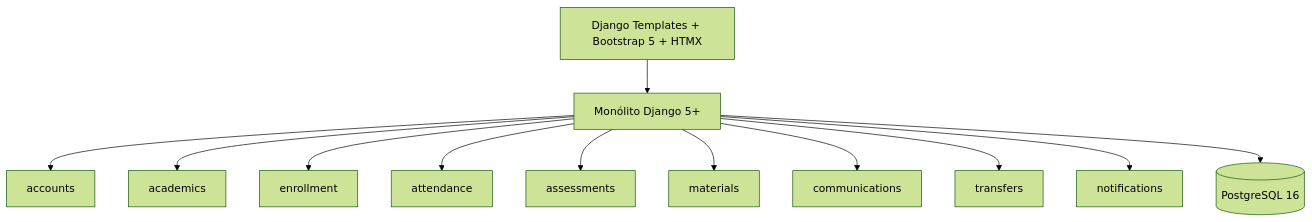
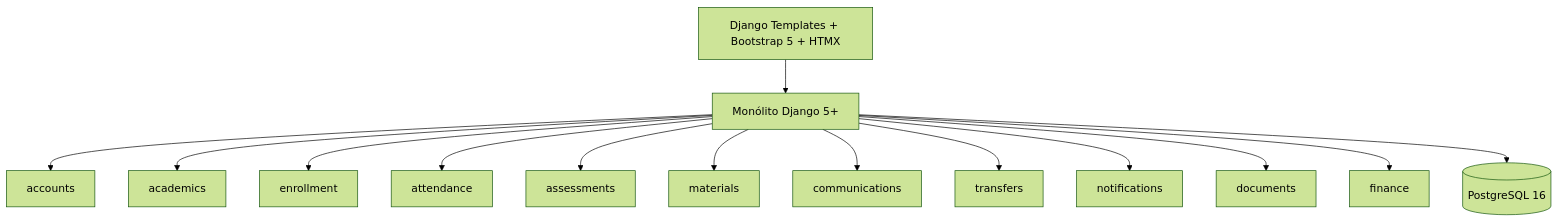
The first of 2 diagrams in docs/SGA-DOCUMENTO-CONSOLIDADO.md (joao-luizzz/SGA), drawn with Mermaid (forest theme) before and after one commit. The commit also changed other lines of this file and 12 other files, not shown here.

````diff
--- a/docs/SGA-DOCUMENTO-CONSOLIDADO.md
+++ b/docs/SGA-DOCUMENTO-CONSOLIDADO.md
@@ -16,14 +23,16 @@
 ```mermaid
 flowchart TB
     UI[Django Templates + Bootstrap 5 + HTMX] --> APP[Monólito Django 5+]
     APP --> ACC[accounts]
     APP --> ACA[academics]
     APP --> ENR[enrollment]
     APP --> ATT[attendance]
     APP --> ASM[assessments]
     APP --> MAT[materials]
     APP --> COM[communications]
     APP --> TRN[transfers]
     APP --> NTF[notifications]
+    APP --> DOC[documents]
+    APP --> FIN[finance]
     APP --> DB[(PostgreSQL 16)]
 ```
````
